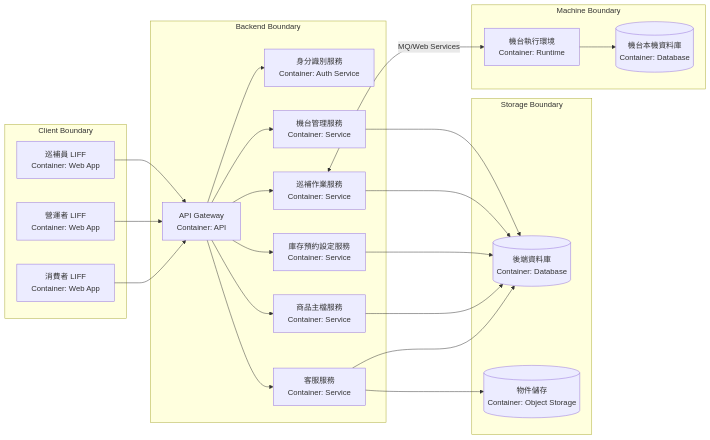
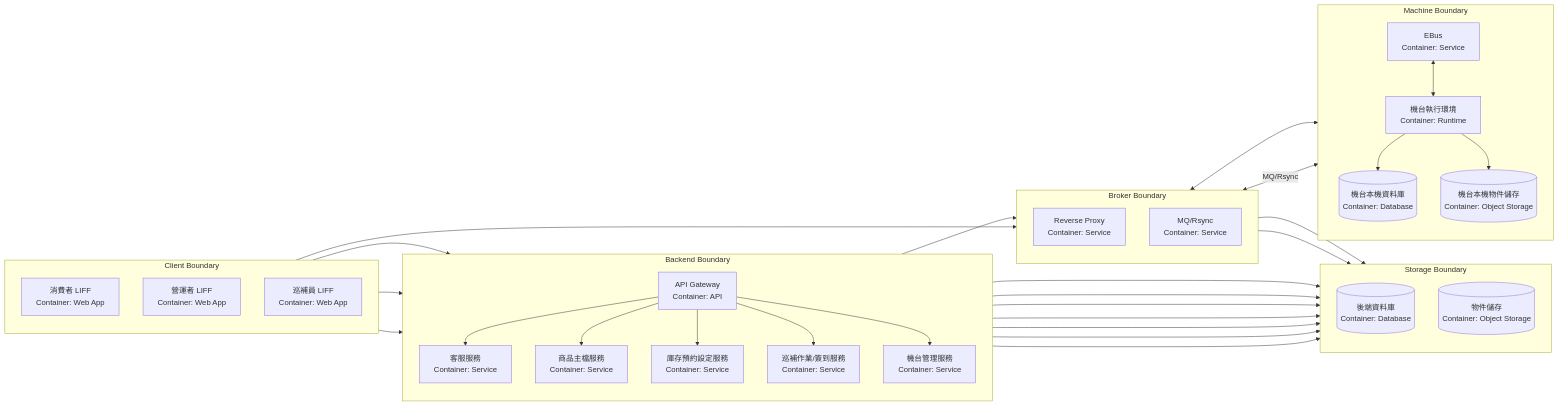
Before and after one commit to Yang-CMIND/zgovend: the diagram in docs/architecture/overview.mmd, drawn with Mermaid. The commit also changed 2 other files, not shown here.

Commit message:
updated architecture overview

```diff
--- a/docs/architecture/overview.mmd
+++ b/docs/architecture/overview.mmd
@@ -1,62 +1,83 @@
 flowchart LR
   %% C4 Container style (Mermaid)
   subgraph BoundaryClient[Client Boundary]
+    direction TB
     C1[消費者 LIFF
 Container: Web App]
     C2[營運者 LIFF
 Container: Web App]
     C3[巡補員 LIFF
 Container: Web App]
   end
 
   subgraph BoundaryBackend[Backend Boundary]
+    direction TB
     B1[API Gateway
 Container: API]
-    B2[身分識別服務
-Container: Auth Service]
     B3[客服服務
 Container: Service]
     B4[商品主檔服務
 Container: Service]
     B5[庫存預約設定服務
 Container: Service]
-    B6[巡補作業服務
+    B6[巡補作業/簽到服務
 Container: Service]
     B7[機台管理服務
 Container: Service]
   end
 
+  subgraph BoundaryBroker[Broker Boundary]
+    direction TB
+    B8[Reverse Proxy
+Container: Service]
+    B9[MQ/Rsync
+Container: Service]
+  end
+
   subgraph BoundaryStorage[Storage Boundary]
+    direction TB
     S1[(後端資料庫
 Container: Database)]
     S2[(物件儲存
 Container: Object Storage)]
   end
 
   subgraph BoundaryMachine[Machine Boundary]
+    direction TB
+    M3[EBus
+Container: Service]
     M1[機台執行環境
 Container: Runtime]
     M2[(機台本機資料庫
 Container: Database)]
+    M4[(機台本機物件儲存
+Container: Object Storage)]
   end
 
   C1 --> B1
   C2 --> B1
   C3 --> B1
+  C3 --> B8
 
-  B1 --> B2
   B1 --> B3
   B1 --> B4
   B1 --> B5
   B1 --> B6
   B1 --> B7
+  B6 --> B8
 
   B3 --> S1
   B3 --> S2
   B4 --> S1
+  B4 --> S2
   B5 --> S1
   B6 --> S1
   B7 --> S1
+  B9 --> S1
+  B9 --> S2
 
-  B6 <-->|MQ/Web Services| M1
+  B8 <--> M3
+  B9 <-->|MQ/Rsync| M1
+  M3 <--> M1
   M1 --> M2
+  M1 --> M4
```
